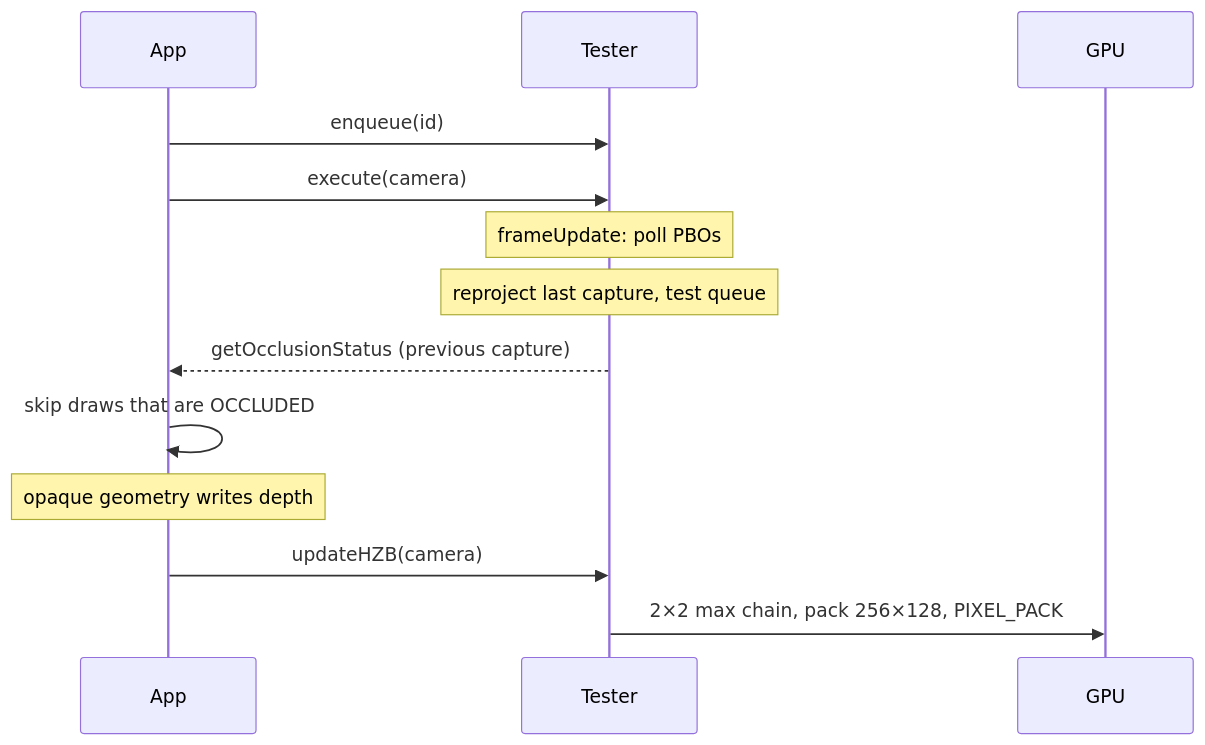
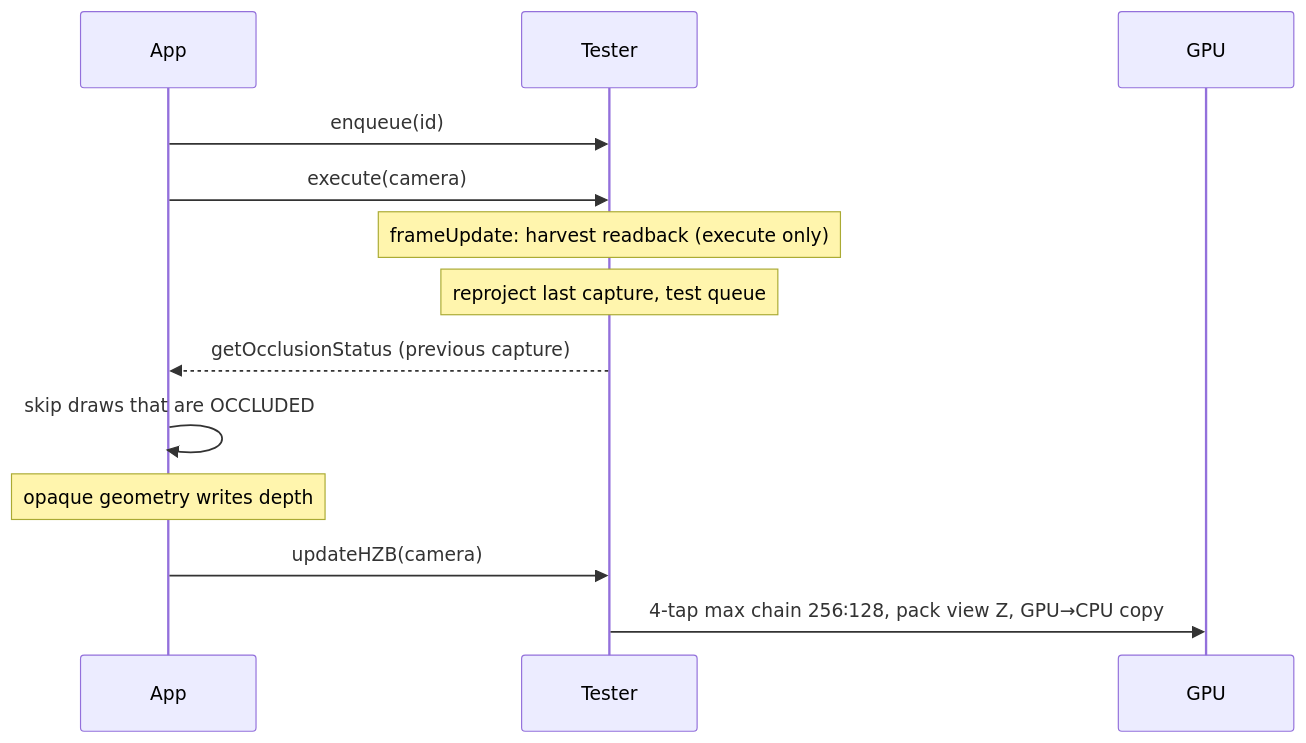
The first of 2 diagrams in docs/occlusion/coverage.md (AlexAPPi/playcanvas-opti-pixel), drawn with Mermaid before and after one commit. The commit also changed other lines of this file and 19 other files, not shown here.

````diff
--- a/docs/occlusion/coverage.md
+++ b/docs/occlusion/coverage.md
@@ -49,16 +57,16 @@
 ```mermaid
 sequenceDiagram
     participant App
     participant Tester
     participant GPU
 
     App->>Tester: enqueue(id)
     App->>Tester: execute(camera)
-    Note over Tester: frameUpdate: poll PBOs
+    Note over Tester: frameUpdate: harvest readback (execute only)
     Note over Tester: reproject last capture, test queue
     Tester-->>App: getOcclusionStatus (previous capture)
     App->>App: skip draws that are OCCLUDED
     Note over App: opaque geometry writes depth
     App->>Tester: updateHZB(camera)
-    Tester->>GPU: 2×2 max chain, pack 256×128, PIXEL_PACK
+    Tester->>GPU: 4-tap max chain 256∶128, pack view Z, GPU→CPU copy
 ```
````
